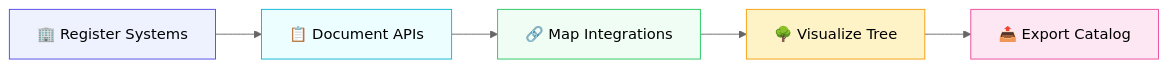
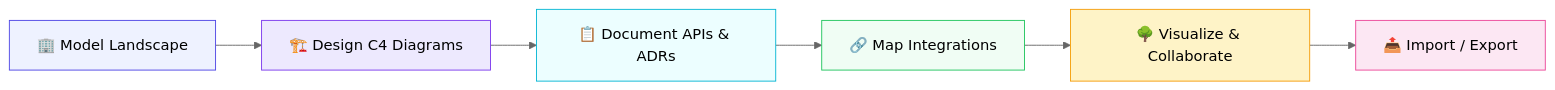
Before and after one commit to imRezaAlie/openits: the first of 9 diagrams in README.md, drawn with Mermaid (neutral theme). The commit also changed other lines of this file, not shown here.

````diff
--- a/README.md
+++ b/README.md
@@ -82,13 +95,15 @@
 ```mermaid
 flowchart LR
-    A[🏢 Register Systems] --> B[📋 Document APIs]
-    B --> C[🔗 Map Integrations]
-    C --> D[🌳 Visualize Tree]
-    D --> E[📤 Export Catalog]
+    A[🏢 Model Landscape] --> B[🏗️ Design C4 Diagrams]
+    B --> C[📋 Document APIs & ADRs]
+    C --> D[🔗 Map Integrations]
+    D --> E[🌳 Visualize & Collaborate]
+    E --> F[📤 Import / Export]
 
     style A fill:#eef2ff,stroke:#4f46e5
-    style B fill:#ecfeff,stroke:#06b6d4
-    style C fill:#f0fdf4,stroke:#22c55e
-    style D fill:#fef3c7,stroke:#f59e0b
-    style E fill:#fce7f3,stroke:#ec4899
+    style B fill:#ede9fe,stroke:#7c3aed
+    style C fill:#ecfeff,stroke:#06b6d4
+    style D fill:#f0fdf4,stroke:#22c55e
+    style E fill:#fef3c7,stroke:#f59e0b
+    style F fill:#fce7f3,stroke:#ec4899
 ```
````
